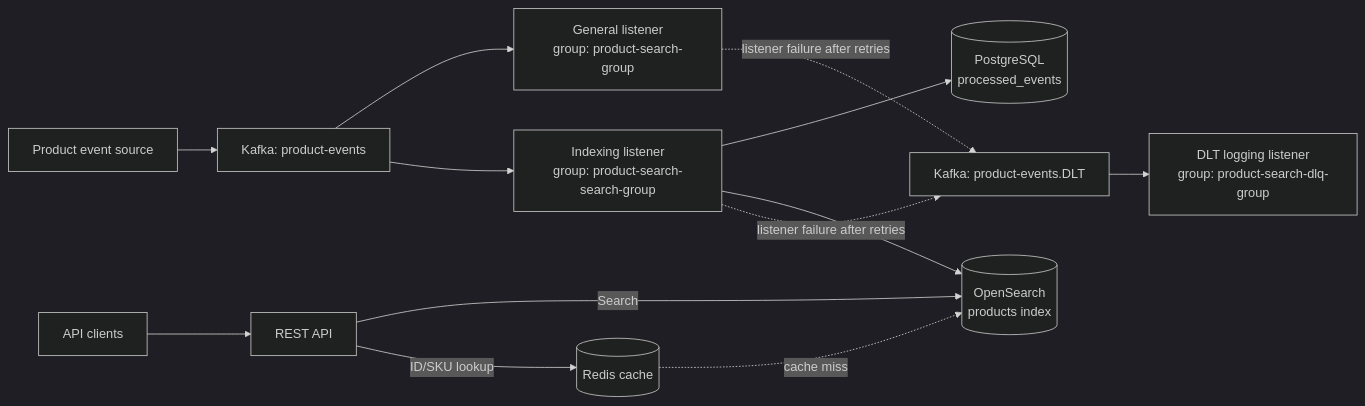
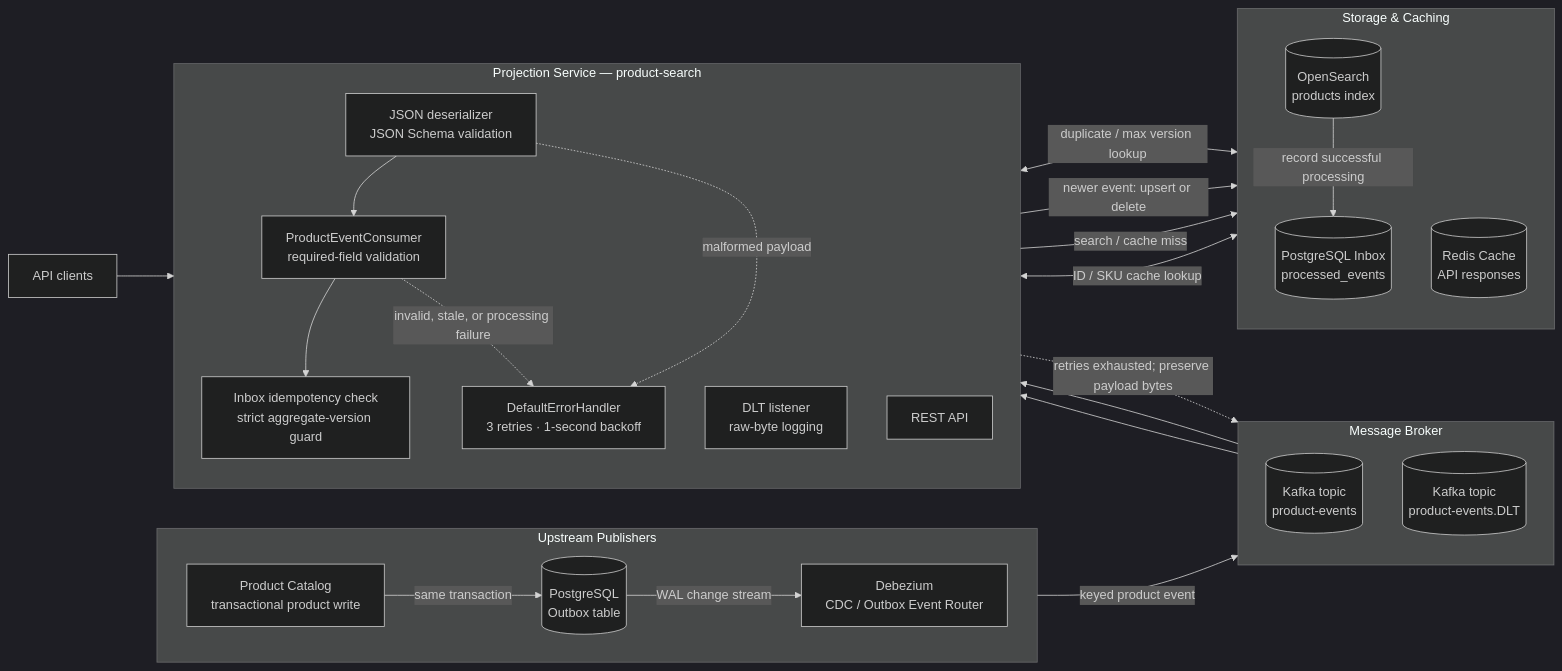
One commit to Jahrough/product-search changed the diagram in README.md. Above: the diagram before and after it, drawn with Mermaid (dark theme). The commit also changed other lines of this file, not shown here.

Commit message:
Updated the README architecture diagram to show the upstream Catalog → Outbox → Debezium flow, Kafka event and DLT topics, `product-search` validation and version/idempotency checks, PostgreSQL inbox, OpenSearch, Redis, and REST API. Normal paths use solid arrows; retry and DLT failure paths use dashed arrows. The diagram also identifies upstream CDC as an integration contract rather than a component owned by this repository.
`git diff --check` passes.

````diff
--- a/README.md
+++ b/README.md
@@ -43,18 +43,53 @@
 ```mermaid
 flowchart LR
-    Producer[Product event source] --> Events[Kafka: product-events]
+    subgraph upstream["Upstream Publishers"]
+        direction LR
+        catalog["Product Catalog<br/>transactional product write"]
+        outbox[("PostgreSQL<br/>Outbox table")]
+        debezium["Debezium<br/>CDC / Outbox Event Router"]
+        catalog -->|"same transaction"| outbox
+        outbox -->|"WAL change stream"| debezium
+    end
 
-    Events --> General[General listener<br/>group: product-search-group]
-    Events --> Indexer[Indexing listener<br/>group: product-search-search-group]
-    Indexer --> Inbox[(PostgreSQL<br/>processed_events)]
-    Indexer --> SearchIndex[(OpenSearch<br/>products index)]
+    subgraph broker["Message Broker"]
+        direction TB
+        events[("Kafka topic<br/>product-events")]
+        dlt[("Kafka topic<br/>product-events.DLT")]
+    end
 
-    General -. listener failure after retries .-> DLT[Kafka: product-events.DLT]
-    Indexer -. listener failure after retries .-> DLT
-    DLT --> DltListener[DLT logging listener<br/>group: product-search-dlq-group]
+    subgraph projection["Projection Service — product-search"]
+        direction TB
+        deserialize["JSON deserializer<br/>JSON Schema validation"]
+        listeners["ProductEventConsumer<br/>required-field validation"]
+        guards["Inbox idempotency check<br/>strict aggregate-version guard"]
+        retries["DefaultErrorHandler<br/>3 retries · 1-second backoff"]
+        dltListener["DLT listener<br/>raw-byte logging"]
+        api["REST API"]
+    end
 
-    Client[API clients] --> API[REST API]
-    API -->|Search| SearchIndex
-    API -->|ID/SKU lookup| Cache[(Redis cache)]
-    Cache -. cache miss .-> SearchIndex
+    subgraph storage["Storage & Caching"]
+        direction TB
+        inbox[("PostgreSQL Inbox<br/>processed_events")]
+        search[("OpenSearch<br/>products index")]
+        redis[("Redis Cache<br/>API responses")]
+    end
+
+    clients["API clients"]
+
+    debezium -->|"keyed product event"| events
+    events --> deserialize
+    deserialize --> listeners
+    listeners --> guards
+    guards <-->|"duplicate / max version lookup"| inbox
+    guards -->|"newer event: upsert or delete"| search
+    search -->|"record successful processing"| inbox
+
+    deserialize -. "malformed payload" .-> retries
+    listeners -. "invalid, stale, or processing failure" .-> retries
+    retries -. "retries exhausted; preserve payload bytes" .-> dlt
+    dlt --> dltListener
+
+    clients --> api
+    api -->|"search / cache miss"| search
+    api <-->|"ID / SKU cache lookup"| redis
 ```
````
